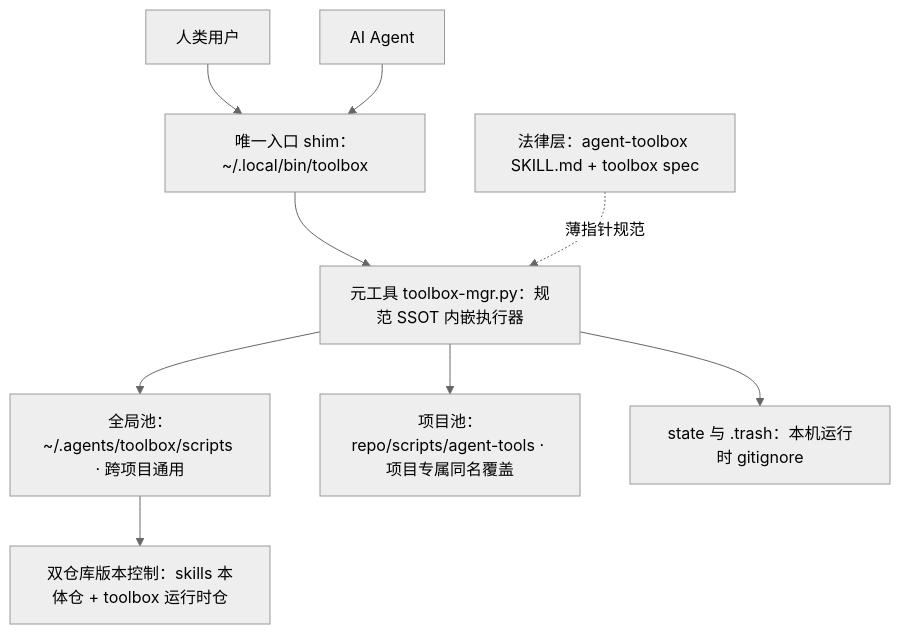
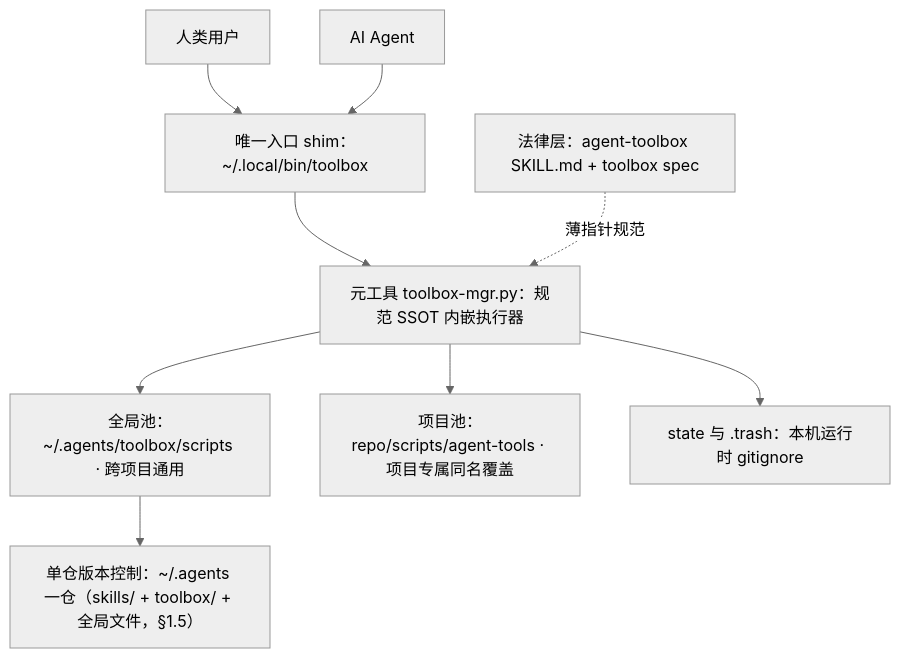
The fourth of 4 diagrams in README.md (loveheng/skill-system), drawn with Mermaid (neutral theme) before and after one commit. The commit also changed other lines of this file and 30 other files, not shown here.

Commit message:
feat(toolbox): panel/todos/cmds/mount-init/skill-verify/fact-probe 工具落地；ctx-audit 与 context-lint 增强；context/ 记忆骨架接入与 skills 同步更新；退役 copilot-context

````diff
--- a/README.md
+++ b/README.md
@@ -228,11 +228,11 @@
 ```mermaid
 flowchart TD
     U[人类用户] --> CLI
     A[AI Agent] --> CLI
     CLI["唯一入口 shim：~/.local/bin/toolbox"] --> MGR["元工具 toolbox-mgr.py：规范 SSOT 内嵌执行器"]
     MGR --> G["全局池：~/.agents/toolbox/scripts · 跨项目通用"]
     MGR --> P["项目池：repo/scripts/agent-tools · 项目专属同名覆盖"]
     MGR --> S["state 与 .trash：本机运行时 gitignore"]
     L["法律层：agent-toolbox SKILL.md + toolbox spec"] -. 薄指针规范 .-> MGR
-    G --> R["双仓库版本控制：skills 本体仓 + toolbox 运行时仓"]
+    G --> R["单仓版本控制：~/.agents 一仓（skills/ + toolbox/ + 全局文件，§1.5）"]
 ```
````
